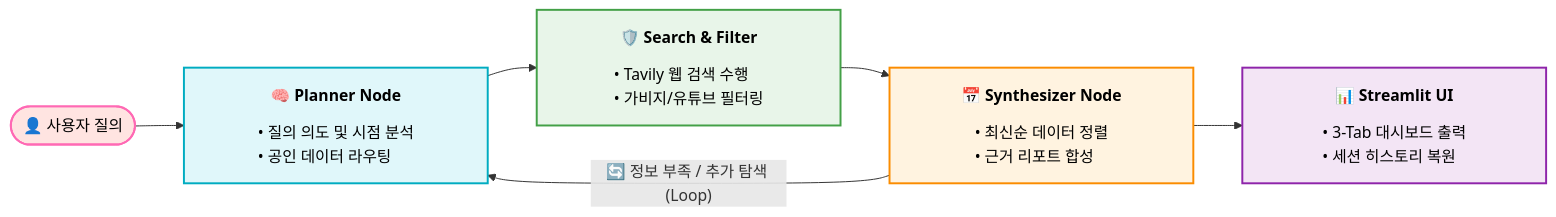
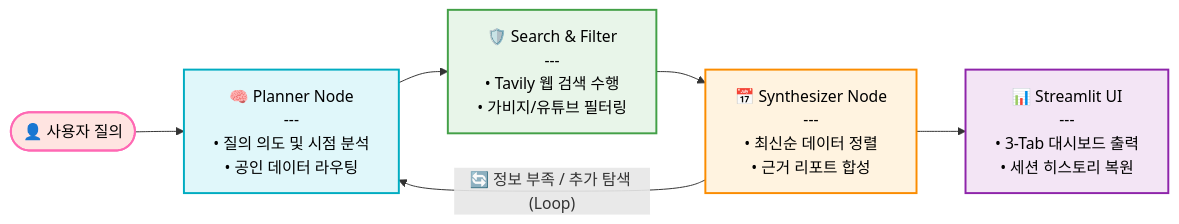
Before and after one commit to sbg990530/Document-Agent: the diagram in README.md, drawn with Mermaid.

````diff
--- a/README.md
+++ b/README.md
@@ -19,27 +19,39 @@
 ```mermaid
 graph LR
     classDef userStyle fill:#FFE4E1,stroke:#FF69B4,stroke-width:2px,color:#000;
     classDef plannerStyle fill:#E0F7FA,stroke:#00ACC1,stroke-width:2px,color:#000;
     classDef filterStyle fill:#E8F5E9,stroke:#43A047,stroke-width:2px,color:#000;
     classDef synthStyle fill:#FFF3E0,stroke:#FB8C00,stroke-width:2px,color:#000;
     classDef uiStyle fill:#F3E5F5,stroke:#8E24AA,stroke-width:2px,color:#000;
 
     A([👤 사용자 질의]):::userStyle 
     
-    B["<table style='min-width: 250px; border-collapse: collapse; margin: 0 auto;'><tr><td align='center' style='padding-bottom: 6px;'><b>🧠 Planner Node</b></td></tr><tr><td style='border-top: 2px solid #00ACC1; padding-top: 8px; text-align: center;'><div style='display: inline-block; text-align: left;'>• 질의 의도 및 시점 분석<br/>• 공인 데이터 라우팅</div></td></tr></table>"]:::plannerStyle
+    B["🧠 Planner Node
+    ---
+    • 질의 의도 및 시점 분석
+    • 공인 데이터 라우팅"]:::plannerStyle
     
-    C["<table style='min-width: 250px; border-collapse: collapse; margin: 0 auto;'><tr><td align='center' style='padding-bottom: 6px;'><b>🛡️ Search & Filter</b></td></tr><tr><td style='border-top: 2px solid #43A047; padding-top: 8px; text-align: center;'><div style='display: inline-block; text-align: left;'>• Tavily 웹 검색 수행<br/>• 가비지/유튜브 필터링</div></td></tr></table>"]:::filterStyle
+    C["🛡️ Search & Filter
+    ---
+    • Tavily 웹 검색 수행
+    • 가비지/유튜브 필터링"]:::filterStyle
     
-    D["<table style='min-width: 250px; border-collapse: collapse; margin: 0 auto;'><tr><td align='center' style='padding-bottom: 6px;'><b>📅 Synthesizer Node</b></td></tr><tr><td style='border-top: 2px solid #FB8C00; padding-top: 8px; text-align: center;'><div style='display: inline-block; text-align: left;'>• 최신순 데이터 정렬<br/>• 근거 리포트 합성</div></td></tr></table>"]:::synthStyle
+    D["📅 Synthesizer Node
+    ---
+    • 최신순 데이터 정렬
+    • 근거 리포트 합성"]:::synthStyle
     
-    E["<table style='min-width: 250px; border-collapse: collapse; margin: 0 auto;'><tr><td align='center' style='padding-bottom: 6px;'><b>📊 Streamlit UI</b></td></tr><tr><td style='border-top: 2px solid #8E24AA; padding-top: 8px; text-align: center;'><div style='display: inline-block; text-align: left;'>• 3-Tab 대시보드 출력<br/>• 세션 히스토리 복원</div></td></tr></table>"]:::uiStyle
+    E["📊 Streamlit UI
+    ---
+    • 3-Tab 대시보드 출력
+    • 세션 히스토리 복원"]:::uiStyle
 
     %% 정방향 파이프라인 흐름
     A --> B
     B --> C
     C --> D
     D --> E
     
     %% LangGraph 피드백 루프
     D -- "🔄 정보 부족 / 추가 탐색 (Loop)" --> B
 ```
````
